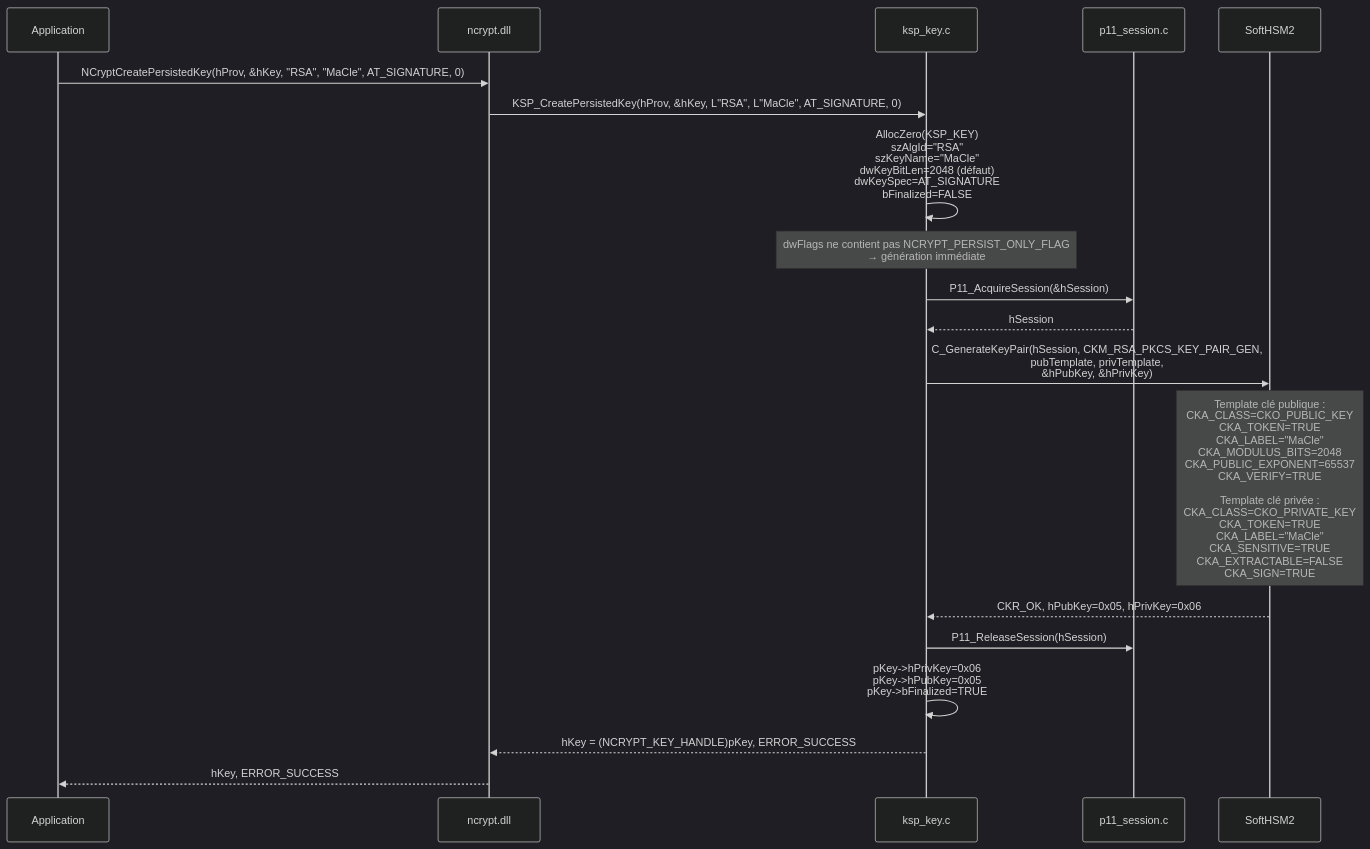
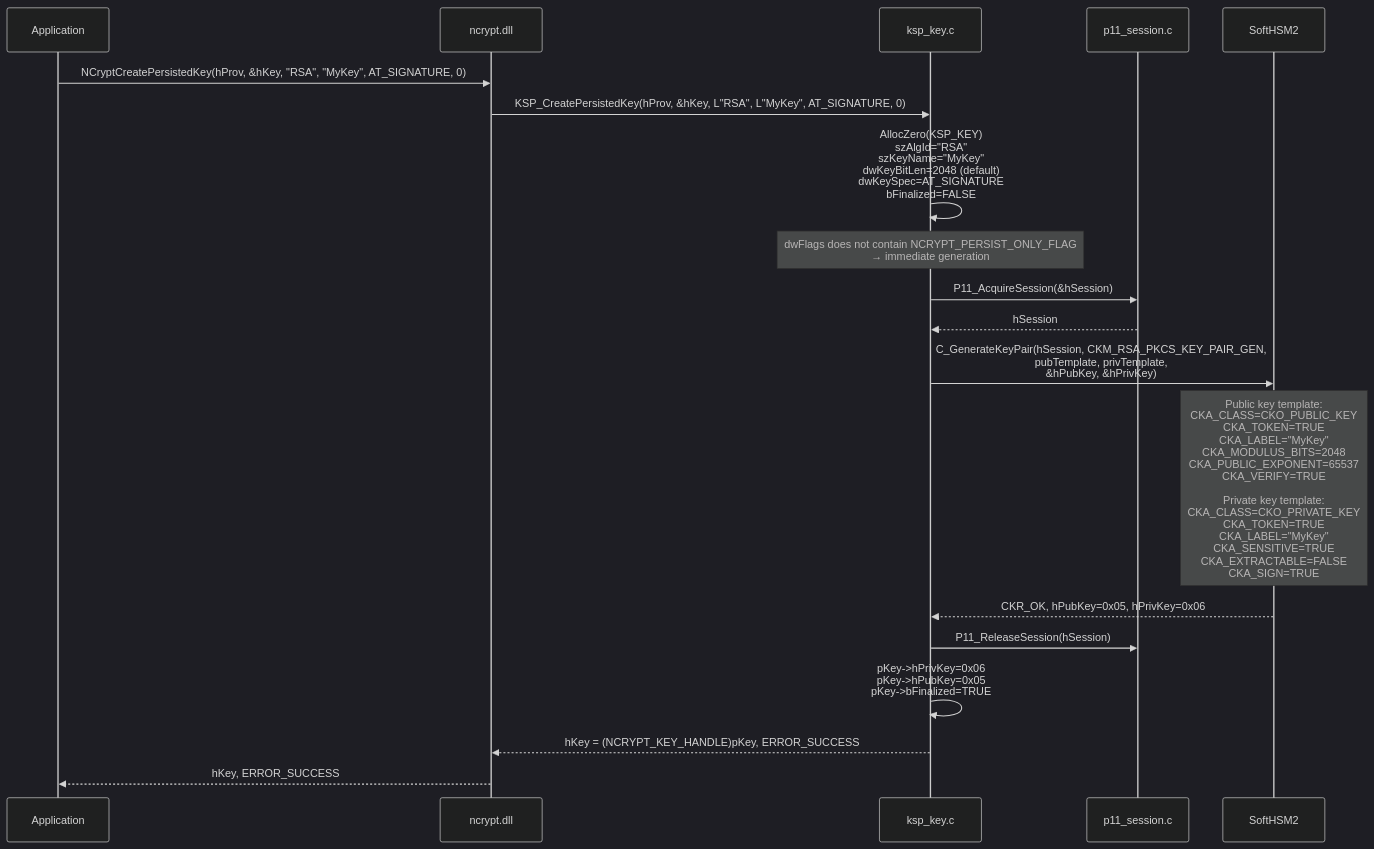
The first of 5 diagrams in softhsm_ksp/docs/03-gestion-cles.md (Gaillotte/Noida), drawn with Mermaid (dark theme) before and after one commit. The commit also changed other lines of this file and 9 other files, not shown here.

````diff
--- a/softhsm_ksp/docs/03-gestion-cles.md
+++ b/softhsm_ksp/docs/03-gestion-cles.md
@@ -19,31 +19,31 @@
 ```mermaid
 sequenceDiagram
     participant App as Application
     participant NCrypt as ncrypt.dll
     participant KSP as ksp_key.c
     participant Session as p11_session.c
     participant HSM as SoftHSM2
 
-    App->>NCrypt: NCryptCreatePersistedKey(hProv, &hKey, "RSA", "MaCle", AT_SIGNATURE, 0)
-    NCrypt->>KSP: KSP_CreatePersistedKey(hProv, &hKey, L"RSA", L"MaCle", AT_SIGNATURE, 0)
+    App->>NCrypt: NCryptCreatePersistedKey(hProv, &hKey, "RSA", "MyKey", AT_SIGNATURE, 0)
+    NCrypt->>KSP: KSP_CreatePersistedKey(hProv, &hKey, L"RSA", L"MyKey", AT_SIGNATURE, 0)
 
-    KSP->>KSP: AllocZero(KSP_KEY)<br/>szAlgId="RSA"<br/>szKeyName="MaCle"<br/>dwKeyBitLen=2048 (défaut)<br/>dwKeySpec=AT_SIGNATURE<br/>bFinalized=FALSE
+    KSP->>KSP: AllocZero(KSP_KEY)<br/>szAlgId="RSA"<br/>szKeyName="MyKey"<br/>dwKeyBitLen=2048 (default)<br/>dwKeySpec=AT_SIGNATURE<br/>bFinalized=FALSE
 
-    note over KSP: dwFlags ne contient pas NCRYPT_PERSIST_ONLY_FLAG<br/>→ génération immédiate
+    note over KSP: dwFlags does not contain NCRYPT_PERSIST_ONLY_FLAG<br/>→ immediate generation
 
     KSP->>Session: P11_AcquireSession(&hSession)
     Session-->>KSP: hSession
 
     KSP->>HSM: C_GenerateKeyPair(hSession, CKM_RSA_PKCS_KEY_PAIR_GEN,<br/>  pubTemplate, privTemplate,<br/>  &hPubKey, &hPrivKey)
 
-    note over HSM: Template clé publique :<br/>CKA_CLASS=CKO_PUBLIC_KEY<br/>CKA_TOKEN=TRUE<br/>CKA_LABEL="MaCle"<br/>CKA_MODULUS_BITS=2048<br/>CKA_PUBLIC_EXPONENT=65537<br/>CKA_VERIFY=TRUE<br/><br/>Template clé privée :<br/>CKA_CLASS=CKO_PRIVATE_KEY<br/>CKA_TOKEN=TRUE<br/>CKA_LABEL="MaCle"<br/>CKA_SENSITIVE=TRUE<br/>CKA_EXTRACTABLE=FALSE<br/>CKA_SIGN=TRUE
+    note over HSM: Public key template:<br/>CKA_CLASS=CKO_PUBLIC_KEY<br/>CKA_TOKEN=TRUE<br/>CKA_LABEL="MyKey"<br/>CKA_MODULUS_BITS=2048<br/>CKA_PUBLIC_EXPONENT=65537<br/>CKA_VERIFY=TRUE<br/><br/>Private key template:<br/>CKA_CLASS=CKO_PRIVATE_KEY<br/>CKA_TOKEN=TRUE<br/>CKA_LABEL="MyKey"<br/>CKA_SENSITIVE=TRUE<br/>CKA_EXTRACTABLE=FALSE<br/>CKA_SIGN=TRUE
 
     HSM-->>KSP: CKR_OK, hPubKey=0x05, hPrivKey=0x06
 
     KSP->>Session: P11_ReleaseSession(hSession)
 
     KSP->>KSP: pKey->hPrivKey=0x06<br/>pKey->hPubKey=0x05<br/>pKey->bFinalized=TRUE
 
     KSP-->>NCrypt: hKey = (NCRYPT_KEY_HANDLE)pKey, ERROR_SUCCESS
     NCrypt-->>App: hKey, ERROR_SUCCESS
 ```
````
